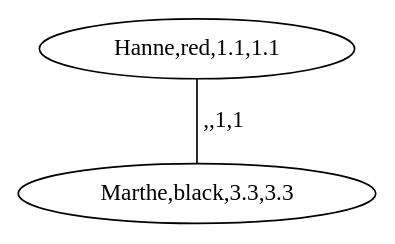
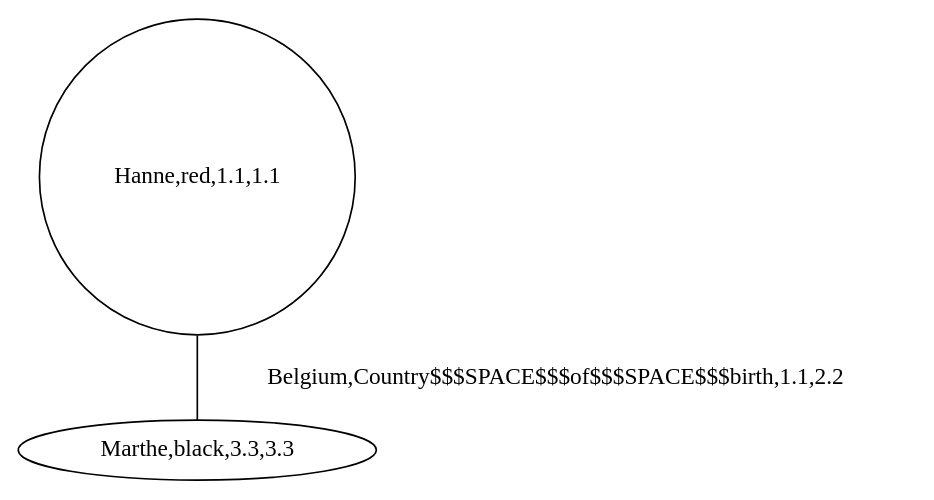
The diagram in BoostGraphTutorial/create_all_direct_neighbour_custom_and_selectable_edges_and_vertices_subgraphs_0.dot (richelbilderbeek/boost_graph_cookbook_1), drawn with Graphviz before and after one commit. The commit also changed 18 other files, not shown here.

```diff
--- a/BoostGraphTutorial/create_all_direct_neighbour_custom_and_selectable_edges_and_vertices_subgraphs_0.dot
+++ b/BoostGraphTutorial/create_all_direct_neighbour_custom_and_selectable_edges_and_vertices_subgraphs_0.dot
@@ -1,5 +1,5 @@
 graph G {
-0[label="Hanne,red,1.1,1.1", regular="0"];
+0[label="Hanne,red,1.1,1.1", regular="1"];
 1[label="Marthe,black,3.3,3.3", regular="0"];
-0--1 [label=",,1,1", regular="0"];
+0--1 [label="Belgium,Country$$$SPACE$$$of$$$SPACE$$$birth,1.1,2.2", regular="0"];
 }
```
